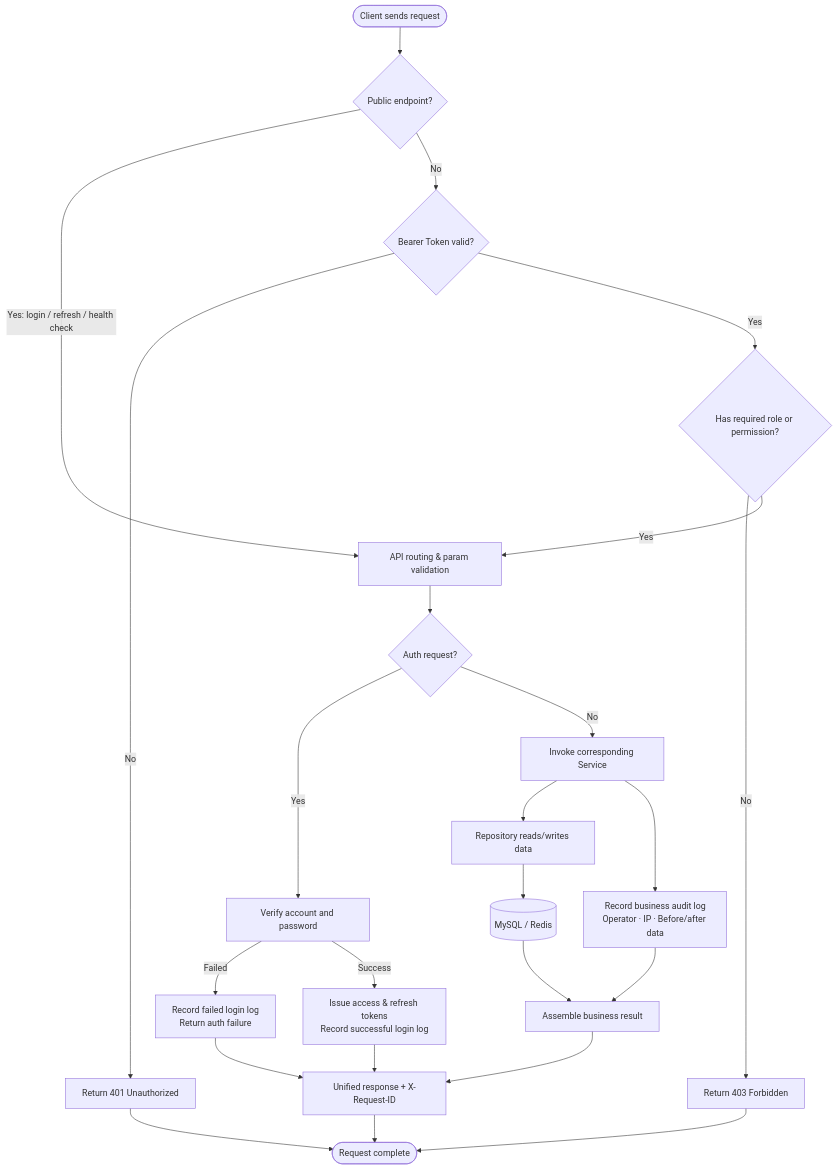
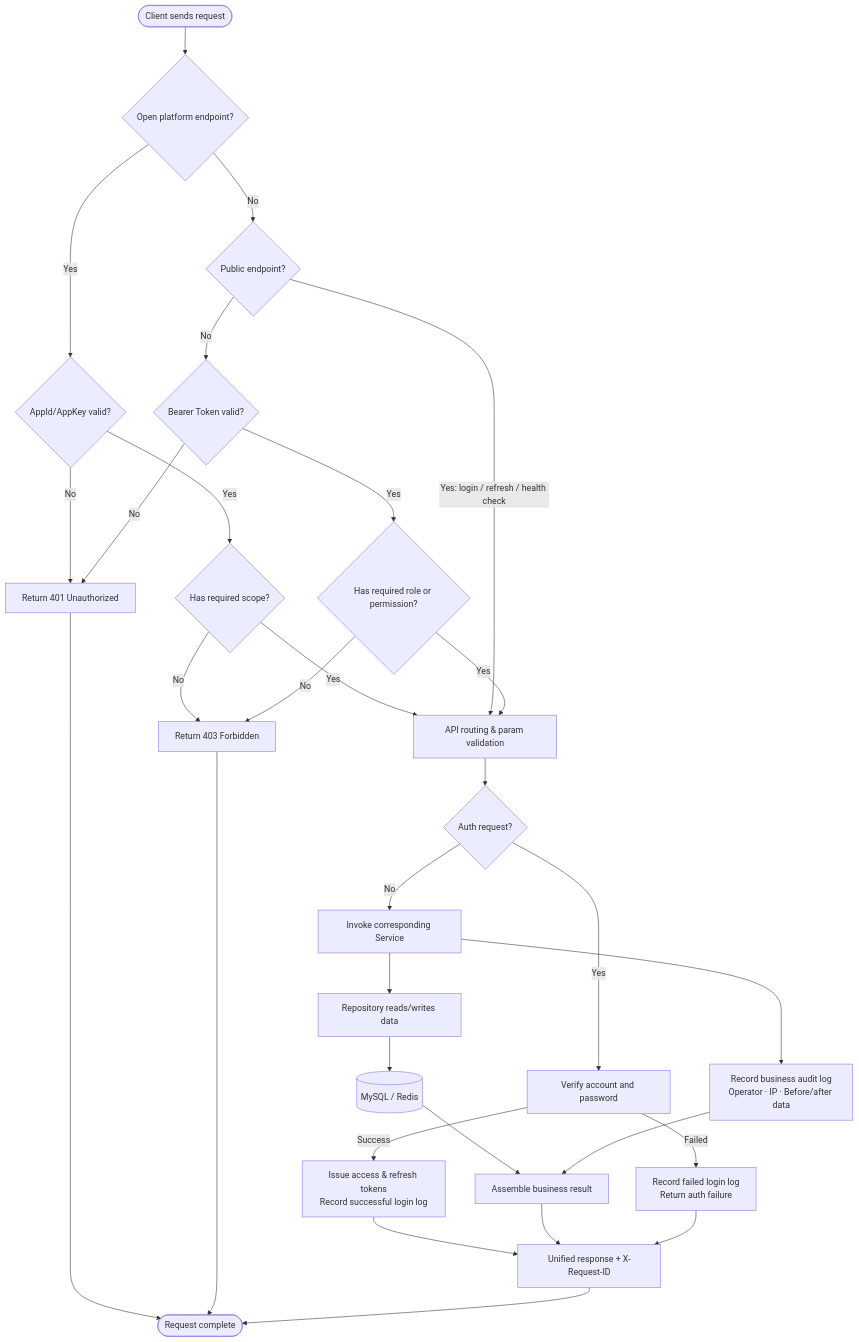
Before and after one commit to cross-lang/x-HanJiang: the second of 3 diagrams in README.en.md, drawn with Mermaid. The commit also changed other lines of this file and 1 other file, not shown here.

````diff
--- a/README.en.md
+++ b/README.en.md
@@ -282,27 +299,33 @@
 ```mermaid
 flowchart TD
-  Start([Client sends request]) --> Public{Public endpoint?}
+  Start([Client sends request]) --> Open{Open platform endpoint?}
+  Open -->|Yes| AppKey{AppId/AppKey valid?}
+  AppKey -->|No| Unauthorized[Return 401 Unauthorized]
+  AppKey -->|Yes| Scope{Has required scope?}
+  Scope -->|No| Forbidden[Return 403 Forbidden]
+  Scope -->|Yes| Route[API routing & param validation]
+  Open -->|No| Public{Public endpoint?}
   Public -->|Yes: login / refresh / health check| Route[API routing & param validation]
   Public -->|No| Token{Bearer Token valid?}
   Token -->|No| Unauthorized[Return 401 Unauthorized]
   Token -->|Yes| Permission{Has required role or permission?}
   Permission -->|No| Forbidden[Return 403 Forbidden]
   Permission -->|Yes| Route
 
   Route --> Login{Auth request?}
   Login -->|Yes| Verify[Verify account and password]
   Verify -->|Failed| LoginFailed[Record failed login log<br/>Return auth failure]
   Verify -->|Success| IssueToken[Issue access & refresh tokens<br/>Record successful login log]
   Login -->|No| Service[Invoke corresponding Service]
   Service --> Repository[Repository reads/writes data]
   Repository --> Database[(MySQL / Redis)]
   Service --> Audit[Record business audit log<br/>Operator · IP · Before/after data]
   Database --> Result[Assemble business result]
   Audit --> Result
   IssueToken --> Response[Unified response + X-Request-ID]
   Result --> Response
   LoginFailed --> Response
   Unauthorized --> End([Request complete])
   Forbidden --> End
   Response --> End
 ```
````
